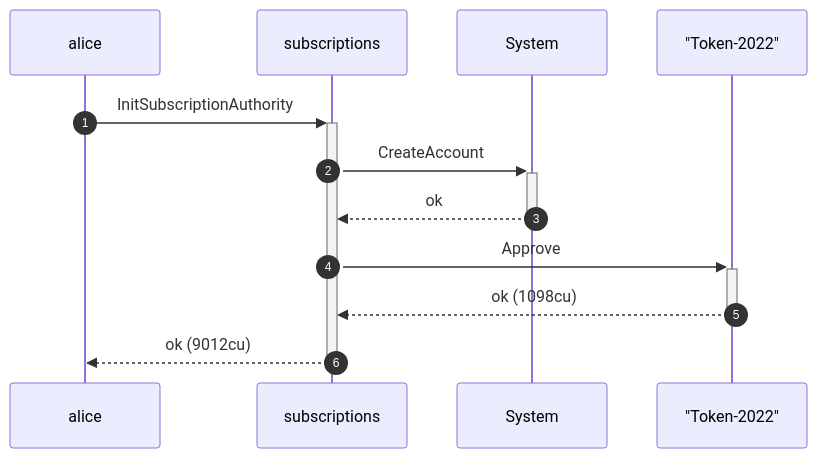
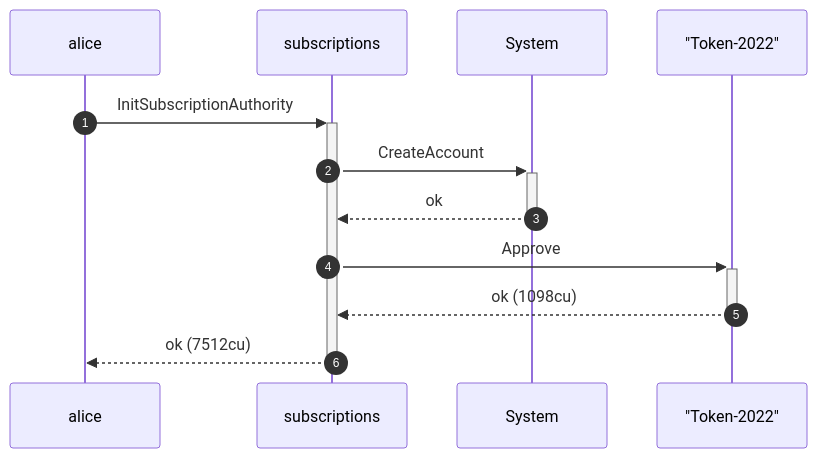
The second of 4 diagrams in dsl_tests/allow-a-mutable-inactive-transfer-hook.md (cds-rs/subscriptions), drawn with Mermaid before and after one commit. The commit also changed other lines of this file and 224 other files, not shown here.

````diff
--- a/dsl_tests/allow-a-mutable-inactive-transfer-hook.md
+++ b/dsl_tests/allow-a-mutable-inactive-transfer-hook.md
@@ -38,14 +39,14 @@
 ```mermaid
 sequenceDiagram
     autonumber
     participant alice
     participant subscriptions
     participant System
     participant Token_2022 as "Token-2022"
     alice ->>+ subscriptions: InitSubscriptionAuthority
     subscriptions ->>+ System: CreateAccount
     System -->>- subscriptions: ok
     subscriptions ->>+ Token_2022: Approve
     Token_2022 -->>- subscriptions: ok (1098cu)
-    subscriptions -->>- alice: ok (9012cu)
+    subscriptions -->>- alice: ok (7512cu)
 ```
````
